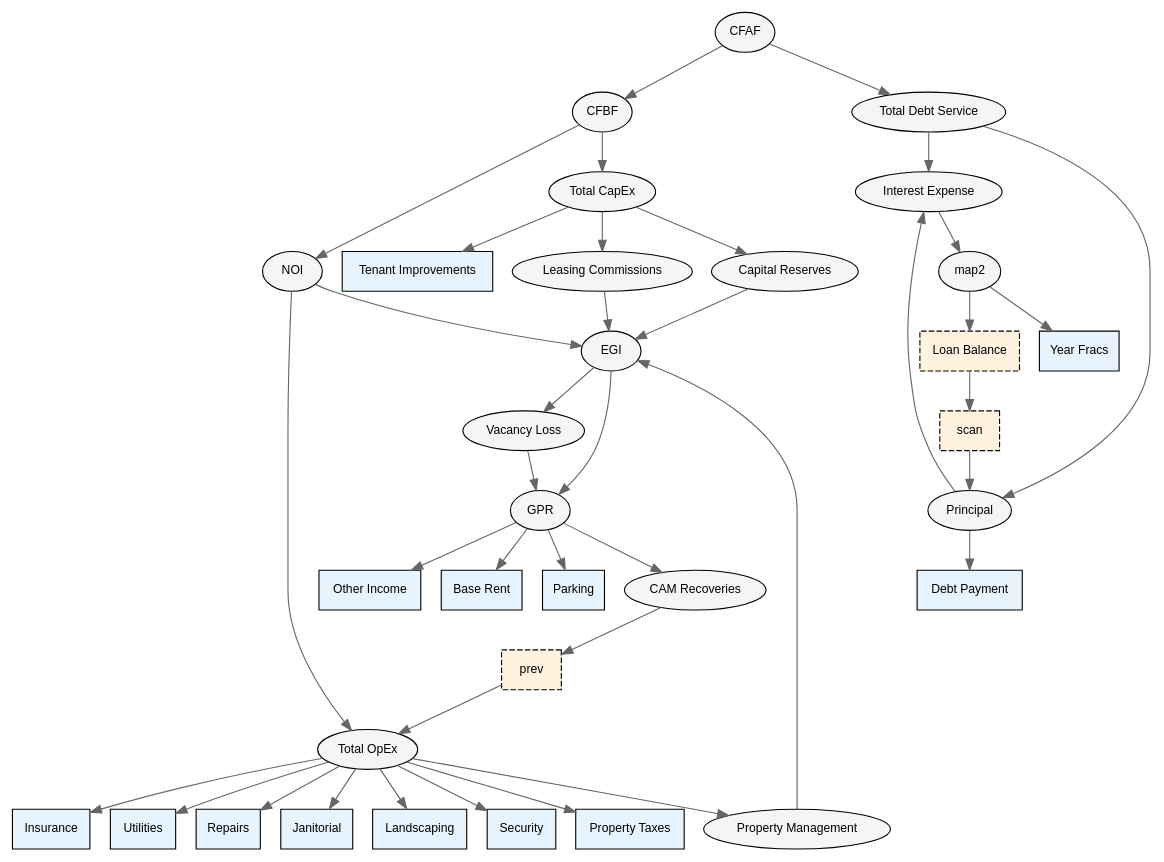
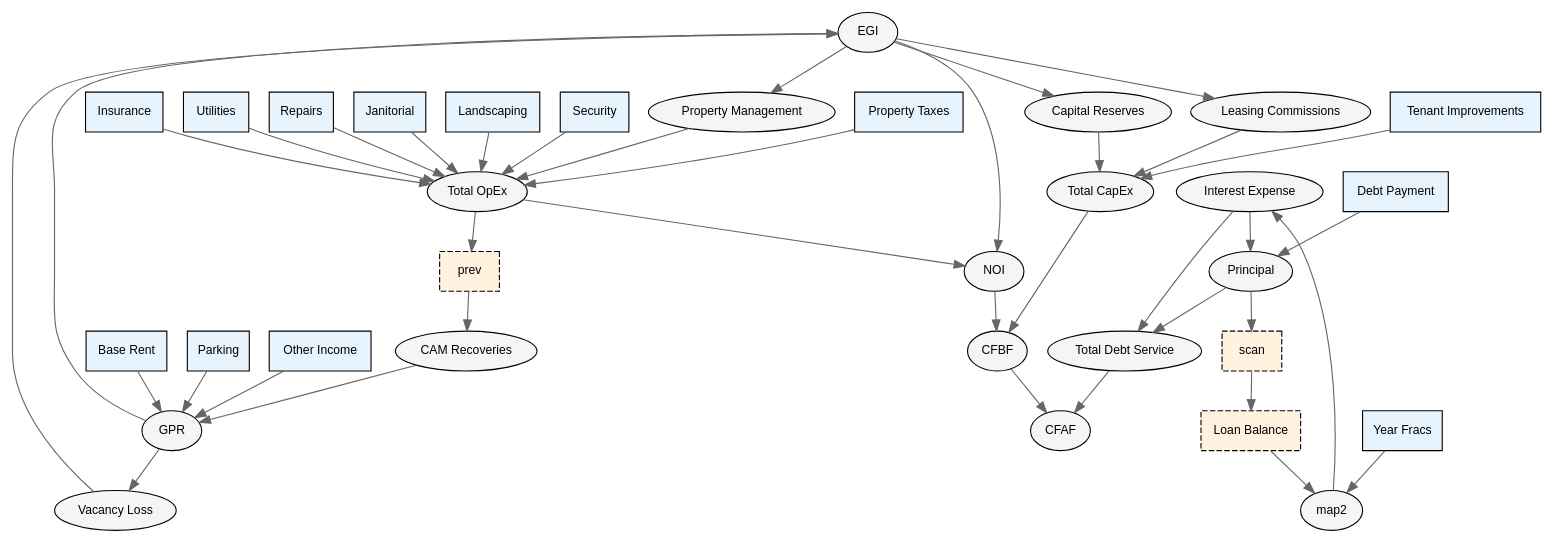
One commit to tmattio/orcaset-oc changed the diagram in next/examples/05-cre-proforma/model.dot. Above: the diagram before and after it, drawn with Graphviz. The commit also changed 10 other files, not shown here.

```diff
--- a/next/examples/05-cre-proforma/model.dot
+++ b/next/examples/05-cre-proforma/model.dot
@@ -1,75 +1,75 @@
 digraph {
   rankdir=TB
   node [fontname="Helvetica" fontsize=11]
   edge [color="#666666"]
   33 [label="CFAF" shape=ellipse style=filled fillcolor="#F5F5F5"]
   23 [label="CFBF" shape=ellipse style=filled fillcolor="#F5F5F5"]
   18 [label="NOI" shape=ellipse style=filled fillcolor="#F5F5F5"]
   15 [label="EGI" shape=ellipse style=filled fillcolor="#F5F5F5"]
   13 [label="GPR" shape=ellipse style=filled fillcolor="#F5F5F5"]
   0 [label="Base Rent" shape=box style=filled fillcolor="#E8F4FD"]
   1 [label="Parking" shape=box style=filled fillcolor="#E8F4FD"]
   12 [label="CAM Recoveries" shape=ellipse style=filled fillcolor="#F5F5F5"]
   11 [label="prev" shape=box style="filled,dashed" fillcolor="#FFF3E0"]
   17 [label="Total OpEx" shape=ellipse style=filled fillcolor="#F5F5F5"]
   3 [label="Property Taxes" shape=box style=filled fillcolor="#E8F4FD"]
   4 [label="Insurance" shape=box style=filled fillcolor="#E8F4FD"]
   5 [label="Utilities" shape=box style=filled fillcolor="#E8F4FD"]
   6 [label="Repairs" shape=box style=filled fillcolor="#E8F4FD"]
   16 [label="Property Management" shape=ellipse style=filled fillcolor="#F5F5F5"]
   7 [label="Janitorial" shape=box style=filled fillcolor="#E8F4FD"]
   8 [label="Landscaping" shape=box style=filled fillcolor="#E8F4FD"]
   9 [label="Security" shape=box style=filled fillcolor="#E8F4FD"]
   2 [label="Other Income" shape=box style=filled fillcolor="#E8F4FD"]
   14 [label="Vacancy Loss" shape=ellipse style=filled fillcolor="#F5F5F5"]
   22 [label="Total CapEx" shape=ellipse style=filled fillcolor="#F5F5F5"]
   19 [label="Capital Reserves" shape=ellipse style=filled fillcolor="#F5F5F5"]
   20 [label="Tenant Improvements" shape=box style=filled fillcolor="#E8F4FD"]
   21 [label="Leasing Commissions" shape=ellipse style=filled fillcolor="#F5F5F5"]
   32 [label="Total Debt Service" shape=ellipse style=filled fillcolor="#F5F5F5"]
   29 [label="Interest Expense" shape=ellipse style=filled fillcolor="#F5F5F5"]
   28 [label="map2" shape=ellipse style=filled fillcolor="#F5F5F5"]
   27 [label="Loan Balance" shape=box style="filled,dashed" fillcolor="#FFF3E0"]
   31 [label="scan" shape=box style="filled,dashed" fillcolor="#FFF3E0"]
   30 [label="Principal" shape=ellipse style=filled fillcolor="#F5F5F5"]
   24 [label="Debt Payment" shape=box style=filled fillcolor="#E8F4FD"]
   25 [label="Year Fracs" shape=box style=filled fillcolor="#E8F4FD"]
-  33 -> 23
-  23 -> 18
-  18 -> 15
-  15 -> 13
-  13 -> 0
-  13 -> 1
-  13 -> 12
-  12 -> 11
-  11 -> 17
-  17 -> 3
-  17 -> 4
-  17 -> 5
-  17 -> 6
-  17 -> 16
-  16 -> 15
-  17 -> 7
-  17 -> 8
-  17 -> 9
-  13 -> 2
-  15 -> 14
-  14 -> 13
-  18 -> 17
-  23 -> 22
-  22 -> 19
-  19 -> 15
-  22 -> 20
-  22 -> 21
-  21 -> 15
-  33 -> 32
-  32 -> 29
-  29 -> 28
-  28 -> 27
-  27 -> 31
-  31 -> 30
-  30 -> 24
-  30 -> 29
-  28 -> 25
-  32 -> 30
+  23 -> 33
+  18 -> 23
+  15 -> 18
+  13 -> 15
+  0 -> 13
+  1 -> 13
+  12 -> 13
+  11 -> 12
+  17 -> 11
+  3 -> 17
+  4 -> 17
+  5 -> 17
+  6 -> 17
+  16 -> 17
+  15 -> 16
+  7 -> 17
+  8 -> 17
+  9 -> 17
+  2 -> 13
+  14 -> 15
+  13 -> 14
+  17 -> 18
+  22 -> 23
+  19 -> 22
+  15 -> 19
+  20 -> 22
+  21 -> 22
+  15 -> 21
+  32 -> 33
+  29 -> 32
+  28 -> 29
+  27 -> 28
+  31 -> 27
+  30 -> 31
+  24 -> 30
+  29 -> 30
+  25 -> 28
+  30 -> 32
 }
```
